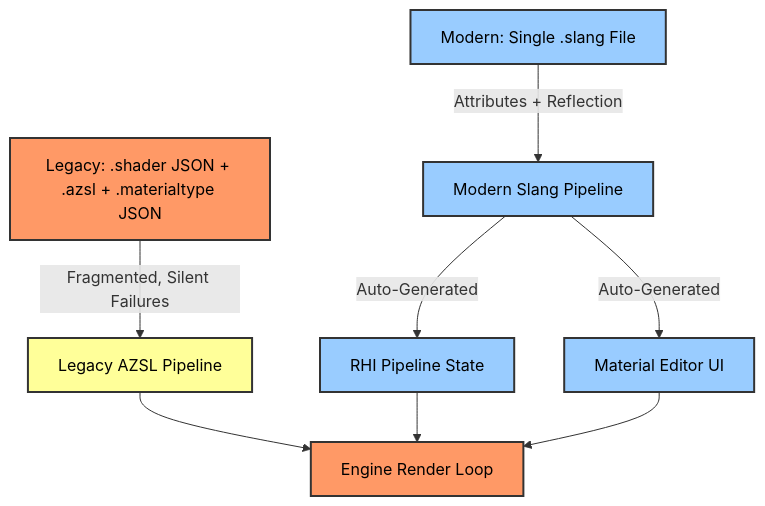
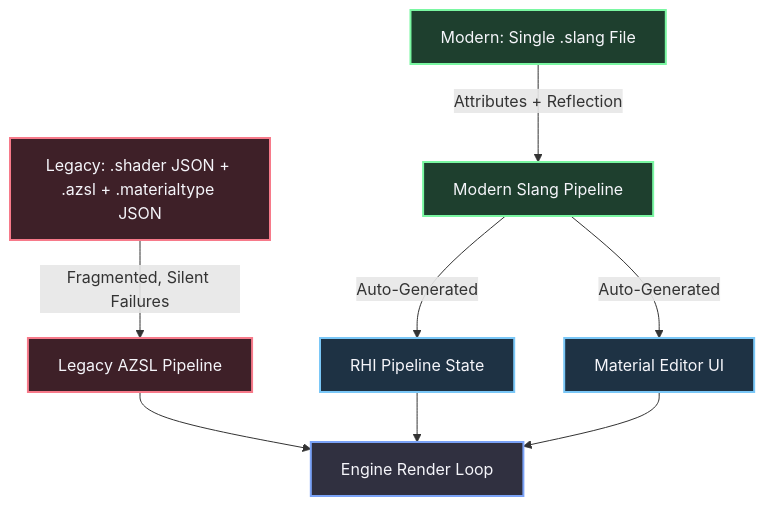
Before and after one commit to Astin-A/the-workshop: the first of 4 diagrams in content/Engine shit/O3DE/Atomic/7 The Slang Shader & Material Compiler Pipeline.md, drawn with Mermaid. The commit also changed other lines of this file and 24 other files, not shown here.

````diff
--- a/content/Engine shit/O3DE/Atomic/7 The Slang Shader & Material Compiler Pipeline.md
+++ b/content/Engine shit/O3DE/Atomic/7 The Slang Shader & Material Compiler Pipeline.md
@@ -14,18 +14,20 @@
 ```mermaid
 graph TD
     A[Legacy: .shader JSON + .azsl + .materialtype JSON] -->|Fragmented, Silent Failures| B[Legacy AZSL Pipeline]
     C[Modern: Single .slang File] -->|Attributes + Reflection| D[Modern Slang Pipeline]
     B --> E[Engine Render Loop]
     D -->|Auto-Generated| F[RHI Pipeline State]
     D -->|Auto-Generated| G[Material Editor UI]
     F --> E
     G --> E
-    
-    style A fill:#f96,stroke:#333,stroke-width:2px,color:#000
-    style B fill:#ff9,stroke:#333,stroke-width:2px,color:#000
-    style C fill:#9cf,stroke:#333,stroke-width:2px,color:#000
-    style D fill:#9cf,stroke:#333,stroke-width:2px,color:#000
-    style E fill:#f96,stroke:#333,stroke-width:2px,color:#000
-    style F fill:#9cf,stroke:#333,stroke-width:2px,color:#000
-    style G fill:#9cf,stroke:#333,stroke-width:2px,color:#000
+
+    classDef danger fill:#3e2028,stroke:#f77a8a,stroke-width:2px,color:#f5f5fa;
+    classDef success fill:#1e3f2e,stroke:#7af7a2,stroke-width:2px,color:#f5f5fa;
+    classDef default fill:#303040,stroke:#7aa2f7,stroke-width:2px,color:#f5f5fa;
+    classDef info fill:#1e3244,stroke:#7ac7f7,stroke-width:2px,color:#f5f5fa;
+
+    class A,B danger;
+    class C,D success;
+    class E default;
+    class F,G info;
 ```
````
